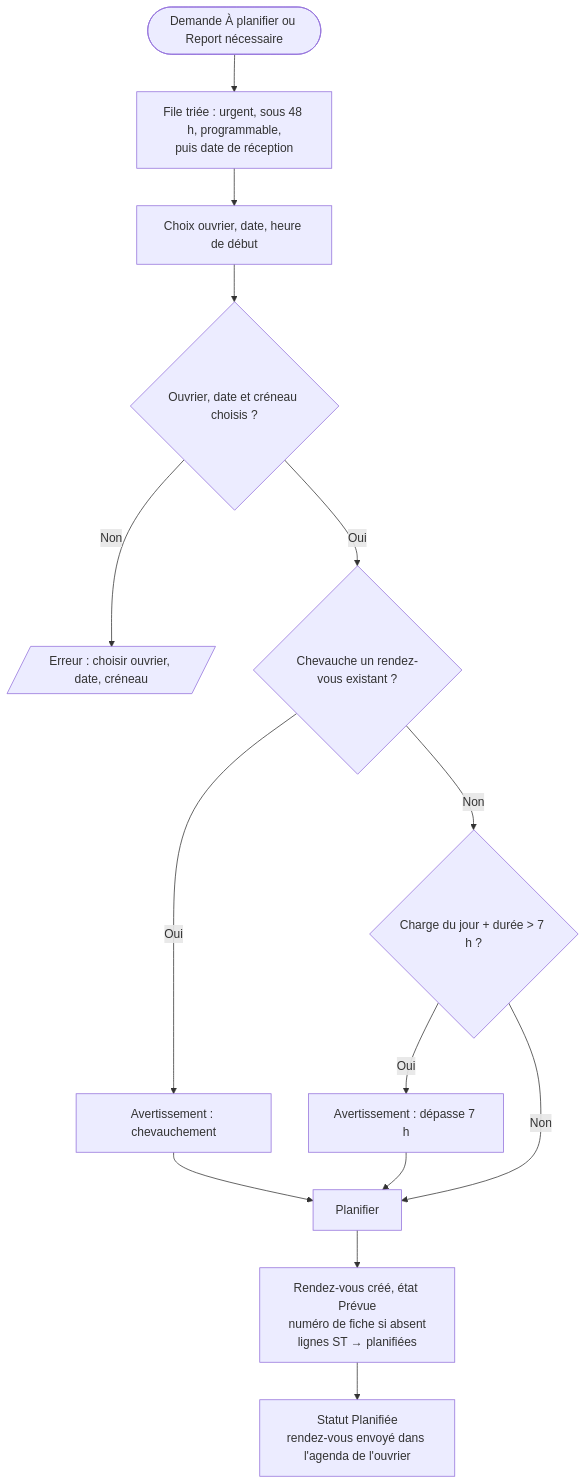
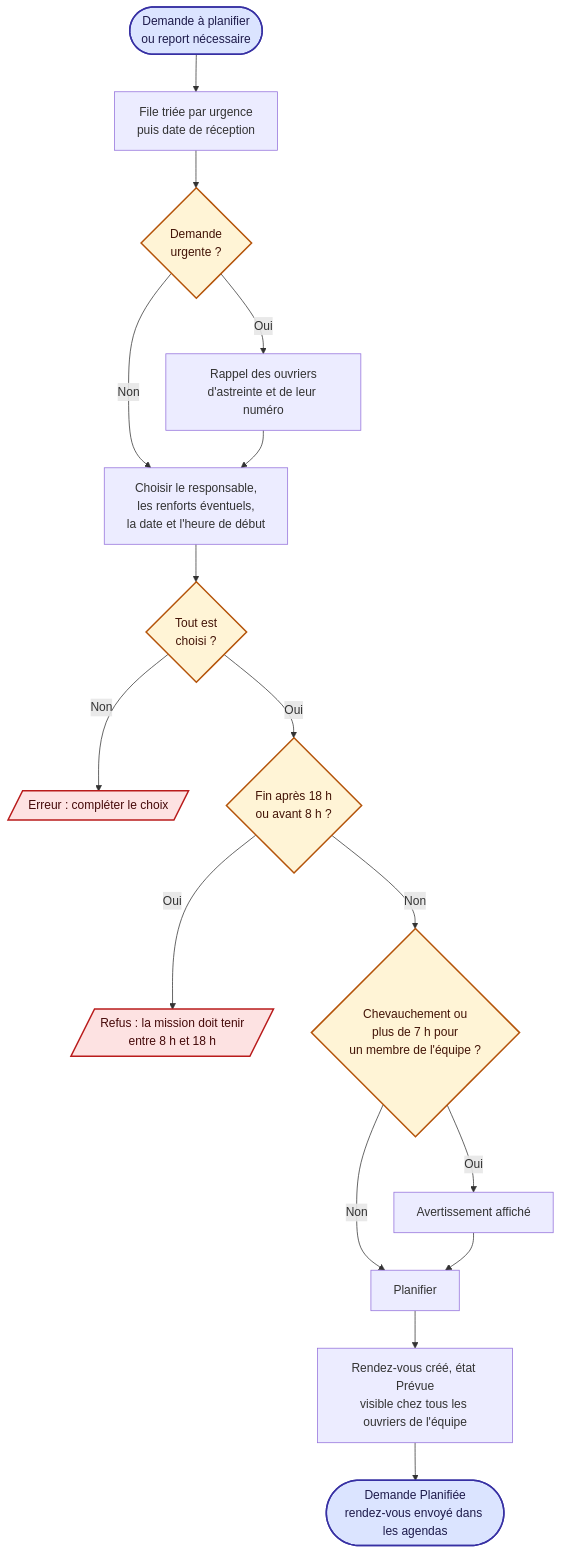
One commit to Mogot77/Application_Gestion_Travaux changed the first of 5 diagrams in docs/organigrammes/05-planification-mission.md. Above: the diagram before and after it, drawn with Mermaid. The commit also changed other lines of this file and 32 other files, not shown here.

Commit message:
docs: rework flowcharts for readability (colors, larger text, split long diagrams, recent rules)

````diff
--- a/docs/organigrammes/05-planification-mission.md
+++ b/docs/organigrammes/05-planification-mission.md
@@ -7,16 +9,26 @@
 ```mermaid
 flowchart TD
-    A([Demande À planifier ou Report nécessaire]) --> B[File triée : urgent, sous 48 h, programmable,<br/>puis date de réception]
-    B --> C[Choix ouvrier, date, heure de début]
-    C --> D{Ouvrier, date et créneau choisis ?}
-    D -- Non --> E[/Erreur : choisir ouvrier, date, créneau/]
-    D -- Oui --> F{Chevauche un rendez-vous existant ?}
-    F -- Oui --> F1[Avertissement : chevauchement]
-    F -- Non --> G{Charge du jour + durée > 7 h ?}
-    G -- Oui --> G1[Avertissement : dépasse 7 h]
+    A([Demande à planifier<br/>ou report nécessaire]) --> B[File triée par urgence<br/>puis date de réception]
+    B --> U{Demande<br/>urgente ?}
+    U -- Oui --> U1[Rappel des ouvriers<br/>d'astreinte et de leur numéro]
+    U -- Non --> C
+    U1 --> C[Choisir le responsable,<br/>les renforts éventuels,<br/>la date et l'heure de début]
+    C --> D{Tout est<br/>choisi ?}
+    D -- Non --> E[/Erreur : compléter le choix/]
+    D -- Oui --> F{Fin après 18 h<br/>ou avant 8 h ?}
+    F -- Oui --> F1[/Refus : la mission doit tenir<br/>entre 8 h et 18 h/]
+    F -- Non --> G{Chevauchement ou<br/>plus de 7 h pour<br/>un membre de l'équipe ?}
+    G -- Oui --> G1[Avertissement affiché]
     G -- Non --> H
-    F1 --> H[Planifier]
-    G1 --> H
-    H --> I[Rendez-vous créé, état Prévue<br/>numéro de fiche si absent<br/>lignes ST → planifiées]
-    I --> J[Statut Planifiée<br/>rendez-vous envoyé dans l'agenda de l'ouvrier]
+    G1 --> H[Planifier]
+    H --> I[Rendez-vous créé, état Prévue<br/>visible chez tous les ouvriers de l'équipe]
+    I --> J([Demande Planifiée<br/>rendez-vous envoyé dans les agendas])
+    %% styles communs
+    classDef dec fill:#fff4d6,stroke:#b45309,stroke-width:2px,color:#431407
+    classDef term fill:#dbe4ff,stroke:#3730a3,stroke-width:2px,color:#1e1b4b
+    classDef err fill:#fde2e2,stroke:#b91c1c,stroke-width:2px,color:#450a0a
+    classDef ok fill:#dcfce7,stroke:#15803d,stroke-width:2px,color:#052e16
+    class U,D,F,G dec
+    class A,J term
+    class E,F1 err
 ```
````
